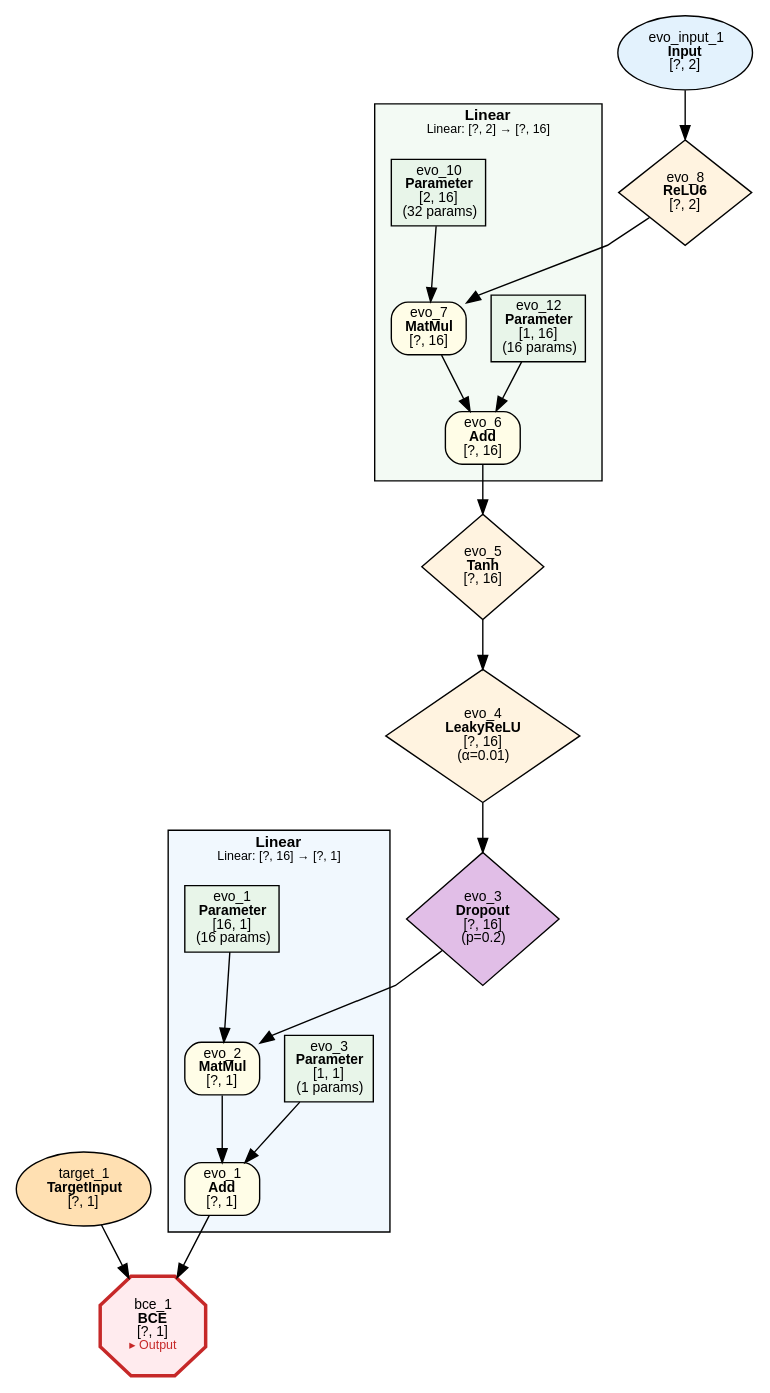
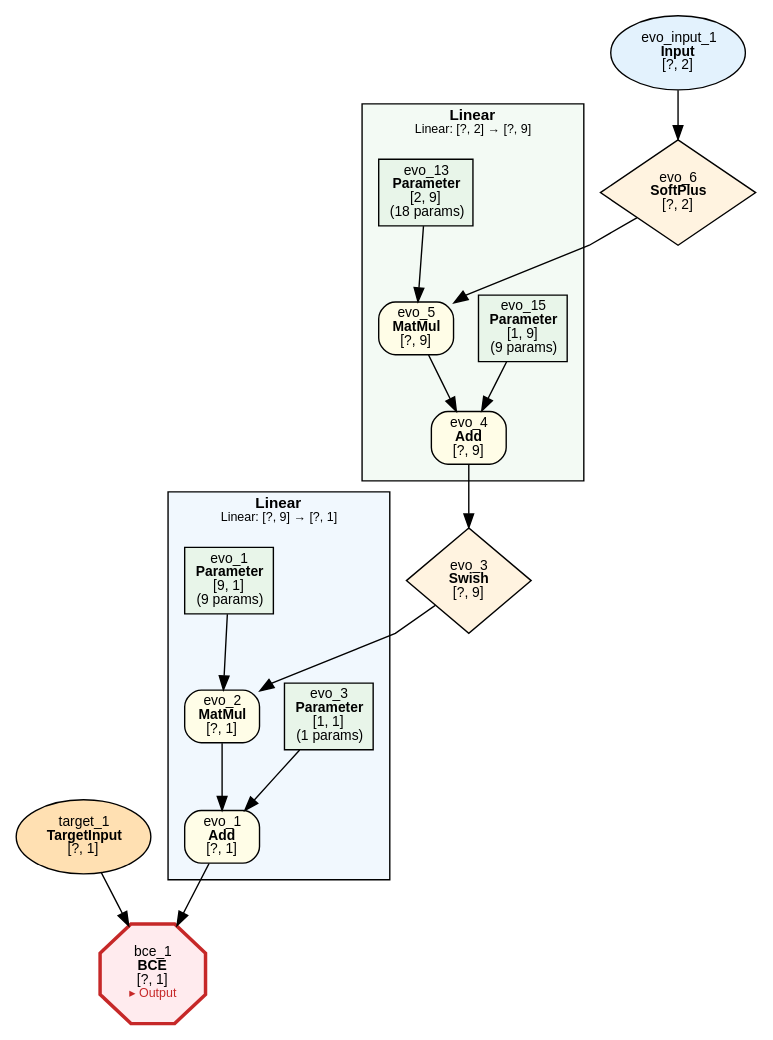
The diagram in examples/evolution/xor/evolution_xor.dot (dbsxdbsx/only_torch), drawn with Graphviz before and after one commit. The commit also changed 7 other files, not shown here.

```diff
--- a/examples/evolution/xor/evolution_xor.dot
+++ b/examples/evolution/xor/evolution_xor.dot
@@ -1,56 +1,52 @@
 digraph ComputeGraph {
     rankdir=TB;
     newrank=true;
     splines=polyline;
     node [fontname="Microsoft YaHei,SimHei,Arial"];
     edge [fontname="Microsoft YaHei,SimHei,Arial"];
 
     subgraph cluster_group_linear_0 {
-        label=<<B>Linear</B><BR/><FONT POINT-SIZE="9">Linear: [?, 16] → [?, 1]</FONT>>;
+        label=<<B>Linear</B><BR/><FONT POINT-SIZE="9">Linear: [?, 9] → [?, 1]</FONT>>;
         style=filled;
         fillcolor="#E3F2FD80";
         fontname="Microsoft YaHei,SimHei,Arial";
         fontsize=11;
         margin=12;
             "2" [label=<evo_1<BR/><B>Add</B><BR/>[?, 1]> shape=box style="filled,rounded" fillcolor="#FFFDE7" fontsize=10];
             "4" [label=<evo_2<BR/><B>MatMul</B><BR/>[?, 1]> shape=box style="filled,rounded" fillcolor="#FFFDE7" fontsize=10];
             "5" [label=<evo_3<BR/><B>Parameter</B><BR/>[1, 1]<BR/>(1 params)> shape=box style=filled fillcolor="#E8F5E9" fontsize=10];
-            "7" [label=<evo_1<BR/><B>Parameter</B><BR/>[16, 1]<BR/>(16 params)> shape=box style=filled fillcolor="#E8F5E9" fontsize=10];
+            "7" [label=<evo_1<BR/><B>Parameter</B><BR/>[9, 1]<BR/>(9 params)> shape=box style=filled fillcolor="#E8F5E9" fontsize=10];
     }
 
     subgraph cluster_group_linear_1 {
-        label=<<B>Linear</B><BR/><FONT POINT-SIZE="9">Linear: [?, 2] → [?, 16]</FONT>>;
+        label=<<B>Linear</B><BR/><FONT POINT-SIZE="9">Linear: [?, 2] → [?, 9]</FONT>>;
         style=filled;
         fillcolor="#E8F5E980";
         fontname="Microsoft YaHei,SimHei,Arial";
         fontsize=11;
         margin=12;
-            "10" [label=<evo_6<BR/><B>Add</B><BR/>[?, 16]> shape=box style="filled,rounded" fillcolor="#FFFDE7" fontsize=10];
-            "11" [label=<evo_7<BR/><B>MatMul</B><BR/>[?, 16]> shape=box style="filled,rounded" fillcolor="#FFFDE7" fontsize=10];
-            "12" [label=<evo_12<BR/><B>Parameter</B><BR/>[1, 16]<BR/>(16 params)> shape=box style=filled fillcolor="#E8F5E9" fontsize=10];
-            "14" [label=<evo_10<BR/><B>Parameter</B><BR/>[2, 16]<BR/>(32 params)> shape=box style=filled fillcolor="#E8F5E9" fontsize=10];
+            "8" [label=<evo_4<BR/><B>Add</B><BR/>[?, 9]> shape=box style="filled,rounded" fillcolor="#FFFDE7" fontsize=10];
+            "9" [label=<evo_5<BR/><B>MatMul</B><BR/>[?, 9]> shape=box style="filled,rounded" fillcolor="#FFFDE7" fontsize=10];
+            "10" [label=<evo_15<BR/><B>Parameter</B><BR/>[1, 9]<BR/>(9 params)> shape=box style=filled fillcolor="#E8F5E9" fontsize=10];
+            "12" [label=<evo_13<BR/><B>Parameter</B><BR/>[2, 9]<BR/>(18 params)> shape=box style=filled fillcolor="#E8F5E9" fontsize=10];
     }
 
     "1" [label=<bce_1<BR/><B>BCE</B><BR/>[?, 1]<BR/><FONT COLOR="#C62828" POINT-SIZE="9">▸ Output</FONT>> shape=octagon style=filled fillcolor="#FFEBEE" fontsize=10 penwidth=2.5 color="#C62828"];
     "3" [label=<target_1<BR/><B>TargetInput</B><BR/>[?, 1]> shape=ellipse style=filled fillcolor="#FFE0B2" fontsize=10];
-    "6" [label=<evo_3<BR/><B>Dropout</B><BR/>[?, 16]<BR/>(p=0.2)> shape=diamond style=filled fillcolor="#E1BEE7" fontsize=10];
-    "8" [label=<evo_4<BR/><B>LeakyReLU</B><BR/>[?, 16]<BR/>(α=0.01)> shape=diamond style=filled fillcolor="#FFF3E0" fontsize=10];
-    "9" [label=<evo_5<BR/><B>Tanh</B><BR/>[?, 16]> shape=diamond style=filled fillcolor="#FFF3E0" fontsize=10];
-    "13" [label=<evo_8<BR/><B>ReLU6</B><BR/>[?, 2]> shape=diamond style=filled fillcolor="#FFF3E0" fontsize=10];
-    "15" [label=<evo_input_1<BR/><B>Input</B><BR/>[?, 2]> shape=ellipse style=filled fillcolor="#E3F2FD" fontsize=10];
+    "6" [label=<evo_3<BR/><B>Swish</B><BR/>[?, 9]> shape=diamond style=filled fillcolor="#FFF3E0" fontsize=10];
+    "11" [label=<evo_6<BR/><B>SoftPlus</B><BR/>[?, 2]> shape=diamond style=filled fillcolor="#FFF3E0" fontsize=10];
+    "13" [label=<evo_input_1<BR/><B>Input</B><BR/>[?, 2]> shape=ellipse style=filled fillcolor="#E3F2FD" fontsize=10];
 
     "2" -> "1";
     "3" -> "1";
     "4" -> "2";
     "5" -> "2";
     "6" -> "4";
     "7" -> "4";
     "8" -> "6";
     "9" -> "8";
-    "10" -> "9";
-    "11" -> "10";
-    "12" -> "10";
+    "10" -> "8";
+    "11" -> "9";
+    "12" -> "9";
     "13" -> "11";
-    "14" -> "11";
-    "15" -> "13";
 }
```
